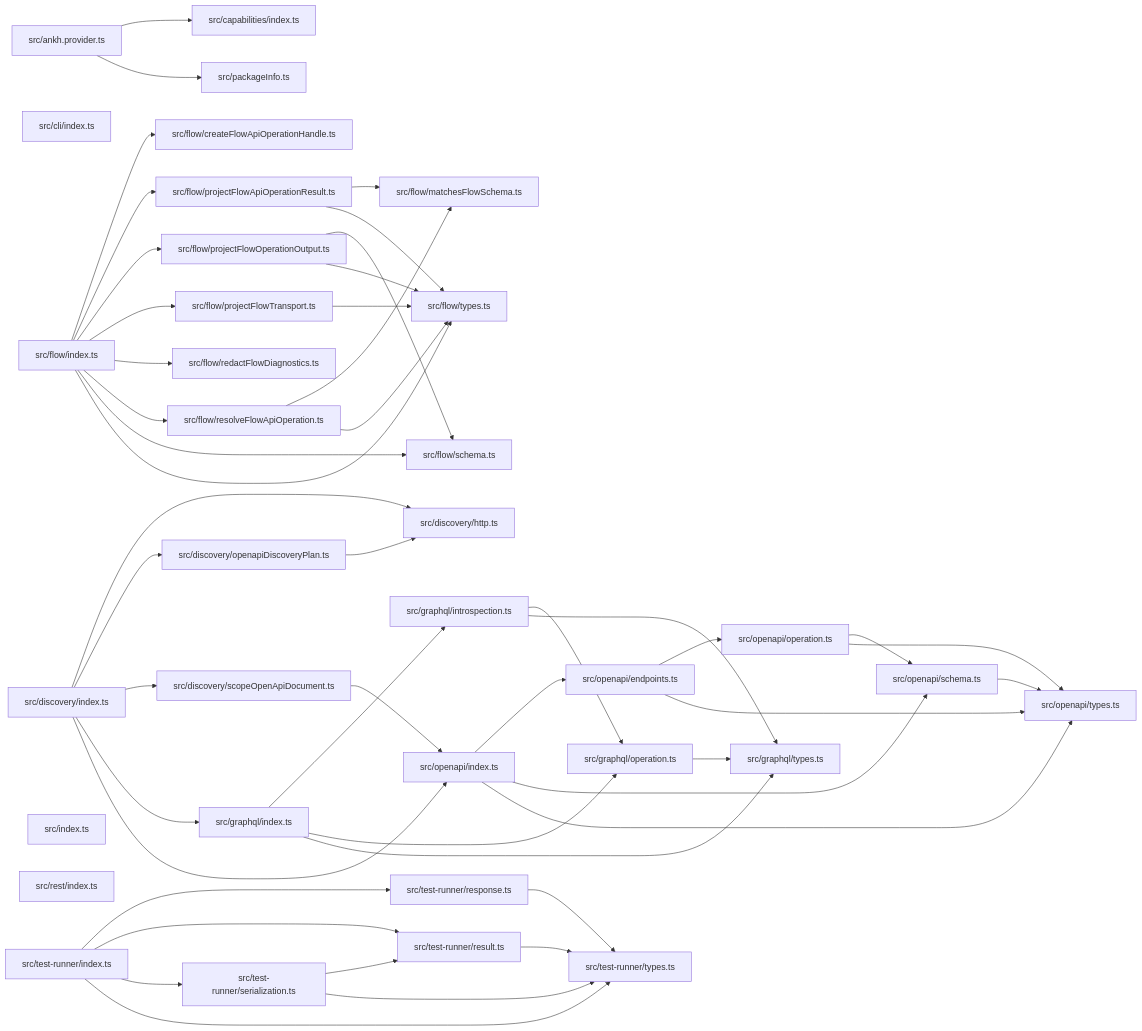
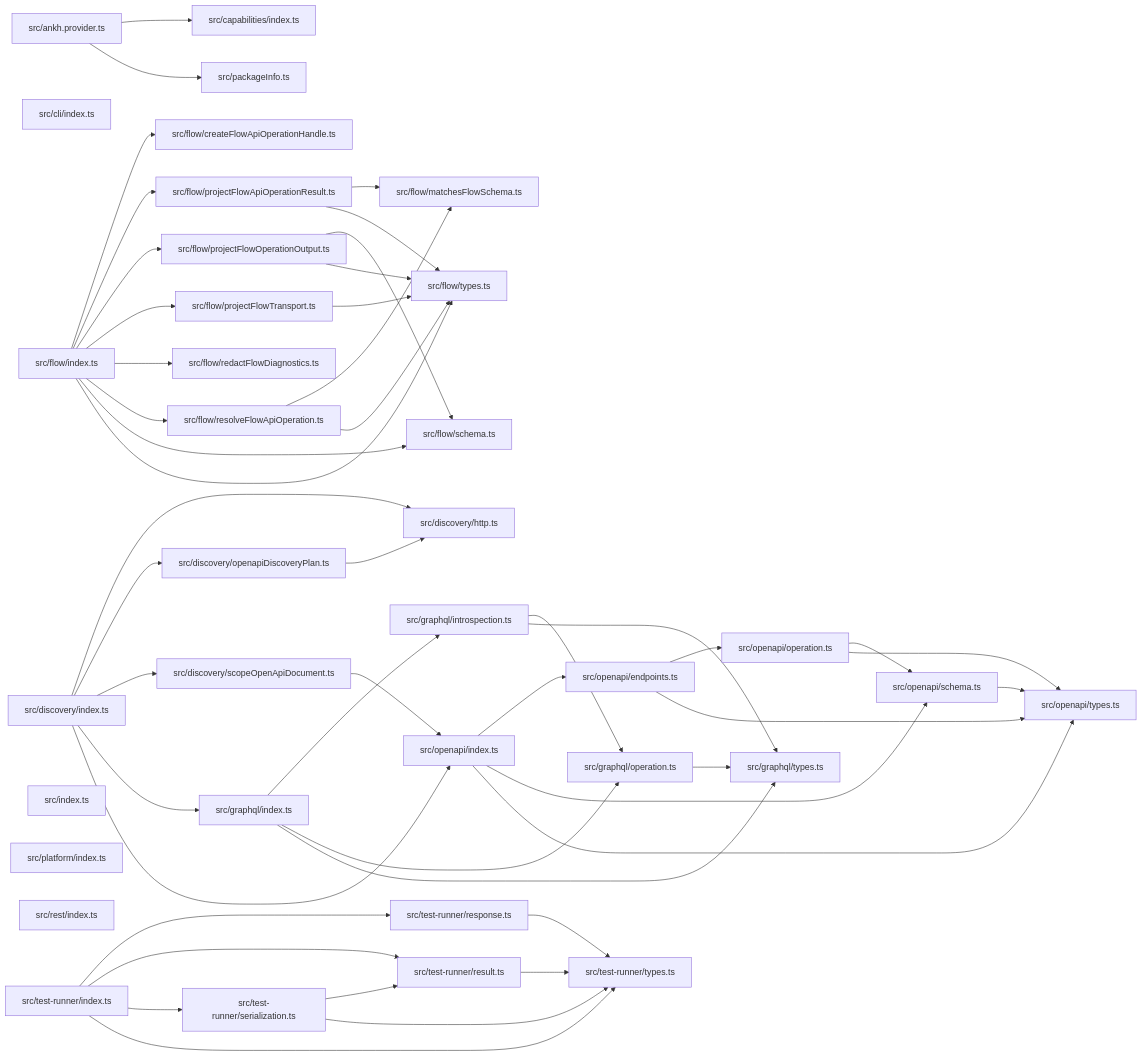
One commit to ankhorage/data-sources changed the diagram in paradox/diagrams/module-relationships.mmd. Above: the diagram before and after it, drawn with Mermaid. The commit also changed 10 other files, not shown here.

```diff
--- a/paradox/diagrams/module-relationships.mmd
+++ b/paradox/diagrams/module-relationships.mmd
@@ -1,81 +1,82 @@
 graph LR
   module_src_ankh_provider_ts["src/ankh.provider.ts"]
   module_src_capabilities_index_ts["src/capabilities/index.ts"]
   module_src_cli_index_ts["src/cli/index.ts"]
   module_src_discovery_http_ts["src/discovery/http.ts"]
   module_src_discovery_index_ts["src/discovery/index.ts"]
   module_src_discovery_openapiDiscoveryPlan_ts["src/discovery/openapiDiscoveryPlan.ts"]
   module_src_discovery_scopeOpenApiDocument_ts["src/discovery/scopeOpenApiDocument.ts"]
   module_src_flow_createFlowApiOperationHandle_ts["src/flow/createFlowApiOperationHandle.ts"]
   module_src_flow_index_ts["src/flow/index.ts"]
   module_src_flow_matchesFlowSchema_ts["src/flow/matchesFlowSchema.ts"]
   module_src_flow_projectFlowApiOperationResult_ts["src/flow/projectFlowApiOperationResult.ts"]
   module_src_flow_projectFlowOperationOutput_ts["src/flow/projectFlowOperationOutput.ts"]
   module_src_flow_projectFlowTransport_ts["src/flow/projectFlowTransport.ts"]
   module_src_flow_redactFlowDiagnostics_ts["src/flow/redactFlowDiagnostics.ts"]
   module_src_flow_resolveFlowApiOperation_ts["src/flow/resolveFlowApiOperation.ts"]
   module_src_flow_schema_ts["src/flow/schema.ts"]
   module_src_flow_types_ts["src/flow/types.ts"]
   module_src_graphql_index_ts["src/graphql/index.ts"]
   module_src_graphql_introspection_ts["src/graphql/introspection.ts"]
   module_src_graphql_operation_ts["src/graphql/operation.ts"]
   module_src_graphql_types_ts["src/graphql/types.ts"]
   module_src_index_ts["src/index.ts"]
   module_src_openapi_endpoints_ts["src/openapi/endpoints.ts"]
   module_src_openapi_index_ts["src/openapi/index.ts"]
   module_src_openapi_operation_ts["src/openapi/operation.ts"]
   module_src_openapi_schema_ts["src/openapi/schema.ts"]
   module_src_openapi_types_ts["src/openapi/types.ts"]
   module_src_packageInfo_ts["src/packageInfo.ts"]
+  module_src_platform_index_ts["src/platform/index.ts"]
   module_src_rest_index_ts["src/rest/index.ts"]
   module_src_test_runner_index_ts["src/test-runner/index.ts"]
   module_src_test_runner_response_ts["src/test-runner/response.ts"]
   module_src_test_runner_result_ts["src/test-runner/result.ts"]
   module_src_test_runner_serialization_ts["src/test-runner/serialization.ts"]
   module_src_test_runner_types_ts["src/test-runner/types.ts"]
   module_src_ankh_provider_ts --> module_src_capabilities_index_ts
   module_src_ankh_provider_ts --> module_src_packageInfo_ts
   module_src_discovery_index_ts --> module_src_discovery_http_ts
   module_src_discovery_index_ts --> module_src_discovery_openapiDiscoveryPlan_ts
   module_src_discovery_index_ts --> module_src_discovery_scopeOpenApiDocument_ts
   module_src_discovery_index_ts --> module_src_graphql_index_ts
   module_src_discovery_index_ts --> module_src_openapi_index_ts
   module_src_discovery_openapiDiscoveryPlan_ts --> module_src_discovery_http_ts
   module_src_discovery_scopeOpenApiDocument_ts --> module_src_openapi_index_ts
   module_src_flow_index_ts --> module_src_flow_createFlowApiOperationHandle_ts
   module_src_flow_index_ts --> module_src_flow_projectFlowApiOperationResult_ts
   module_src_flow_index_ts --> module_src_flow_projectFlowOperationOutput_ts
   module_src_flow_index_ts --> module_src_flow_projectFlowTransport_ts
   module_src_flow_index_ts --> module_src_flow_redactFlowDiagnostics_ts
   module_src_flow_index_ts --> module_src_flow_resolveFlowApiOperation_ts
   module_src_flow_index_ts --> module_src_flow_schema_ts
   module_src_flow_index_ts --> module_src_flow_types_ts
   module_src_flow_projectFlowApiOperationResult_ts --> module_src_flow_matchesFlowSchema_ts
   module_src_flow_projectFlowApiOperationResult_ts --> module_src_flow_types_ts
   module_src_flow_projectFlowOperationOutput_ts --> module_src_flow_schema_ts
   module_src_flow_projectFlowOperationOutput_ts --> module_src_flow_types_ts
   module_src_flow_projectFlowTransport_ts --> module_src_flow_types_ts
   module_src_flow_resolveFlowApiOperation_ts --> module_src_flow_matchesFlowSchema_ts
   module_src_flow_resolveFlowApiOperation_ts --> module_src_flow_types_ts
   module_src_graphql_index_ts --> module_src_graphql_introspection_ts
   module_src_graphql_index_ts --> module_src_graphql_operation_ts
   module_src_graphql_index_ts --> module_src_graphql_types_ts
   module_src_graphql_introspection_ts --> module_src_graphql_operation_ts
   module_src_graphql_introspection_ts --> module_src_graphql_types_ts
   module_src_graphql_operation_ts --> module_src_graphql_types_ts
   module_src_openapi_endpoints_ts --> module_src_openapi_operation_ts
   module_src_openapi_endpoints_ts --> module_src_openapi_types_ts
   module_src_openapi_index_ts --> module_src_openapi_endpoints_ts
   module_src_openapi_index_ts --> module_src_openapi_schema_ts
   module_src_openapi_index_ts --> module_src_openapi_types_ts
   module_src_openapi_operation_ts --> module_src_openapi_schema_ts
   module_src_openapi_operation_ts --> module_src_openapi_types_ts
   module_src_openapi_schema_ts --> module_src_openapi_types_ts
   module_src_test_runner_index_ts --> module_src_test_runner_response_ts
   module_src_test_runner_index_ts --> module_src_test_runner_result_ts
   module_src_test_runner_index_ts --> module_src_test_runner_serialization_ts
   module_src_test_runner_index_ts --> module_src_test_runner_types_ts
   module_src_test_runner_response_ts --> module_src_test_runner_types_ts
   module_src_test_runner_result_ts --> module_src_test_runner_types_ts
   module_src_test_runner_serialization_ts --> module_src_test_runner_result_ts
   module_src_test_runner_serialization_ts --> module_src_test_runner_types_ts
```
